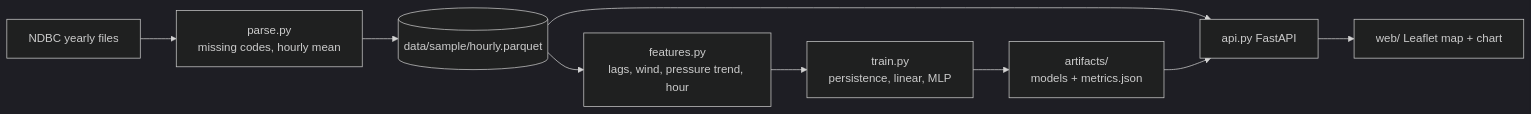
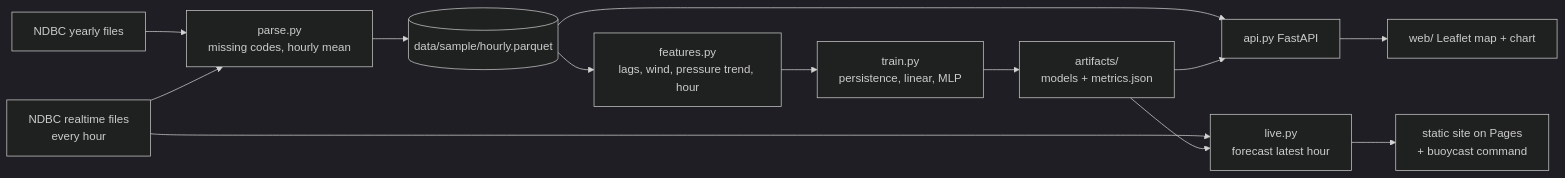
Before and after one commit to andyhetianjun/buoycast: the diagram in README.md, drawn with Mermaid (dark theme).

Commit message:
README diagram: add the live path

````diff
--- a/README.md
+++ b/README.md
@@ -123,11 +123,15 @@
 ```mermaid
 flowchart LR
     A[NDBC yearly files] --> B[parse.py<br/>missing codes, hourly mean]
     B --> C[(data/sample/hourly.parquet)]
     C --> D[features.py<br/>lags, wind, pressure trend, hour]
     D --> E[train.py<br/>persistence, linear, MLP]
     E --> F[artifacts/<br/>models + metrics.json]
     C --> G[api.py FastAPI]
     F --> G
     G --> H[web/ Leaflet map + chart]
+    L[NDBC realtime files<br/>every hour] --> B
+    L --> M[live.py<br/>forecast latest hour]
+    F --> M
+    M --> N[static site on Pages<br/>+ buoycast command]
 ```
````
